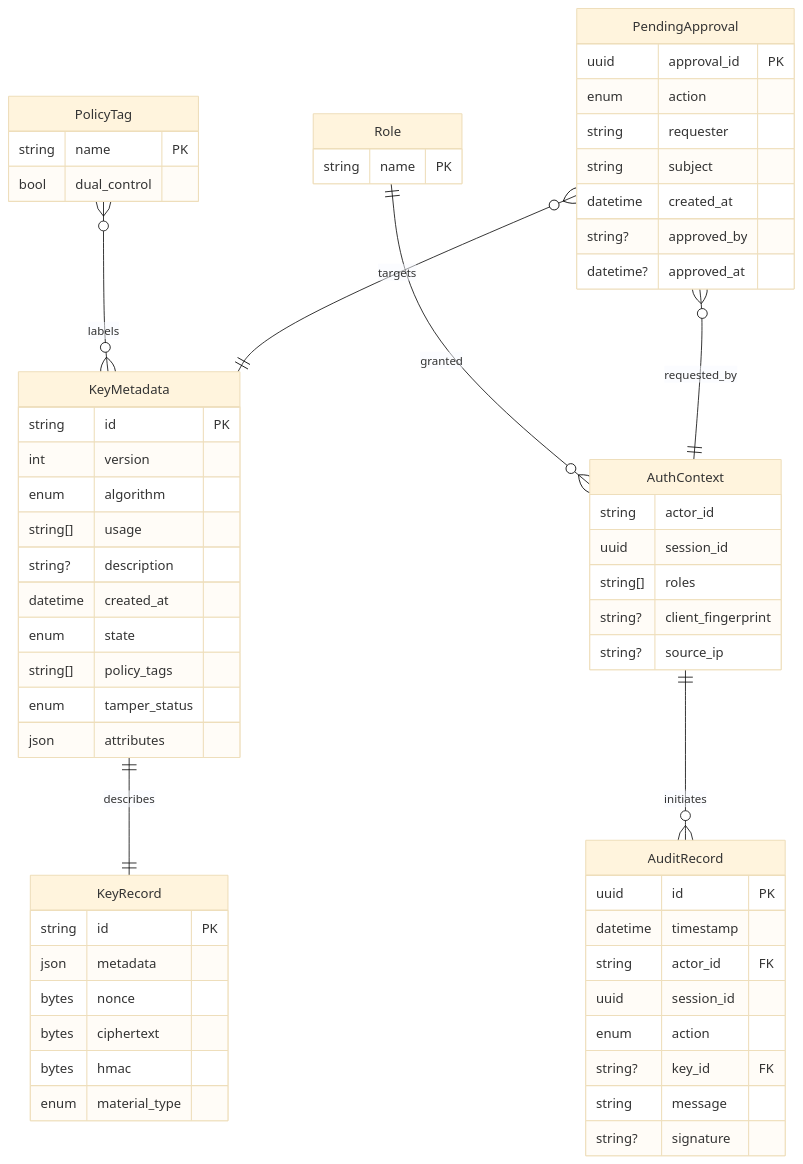
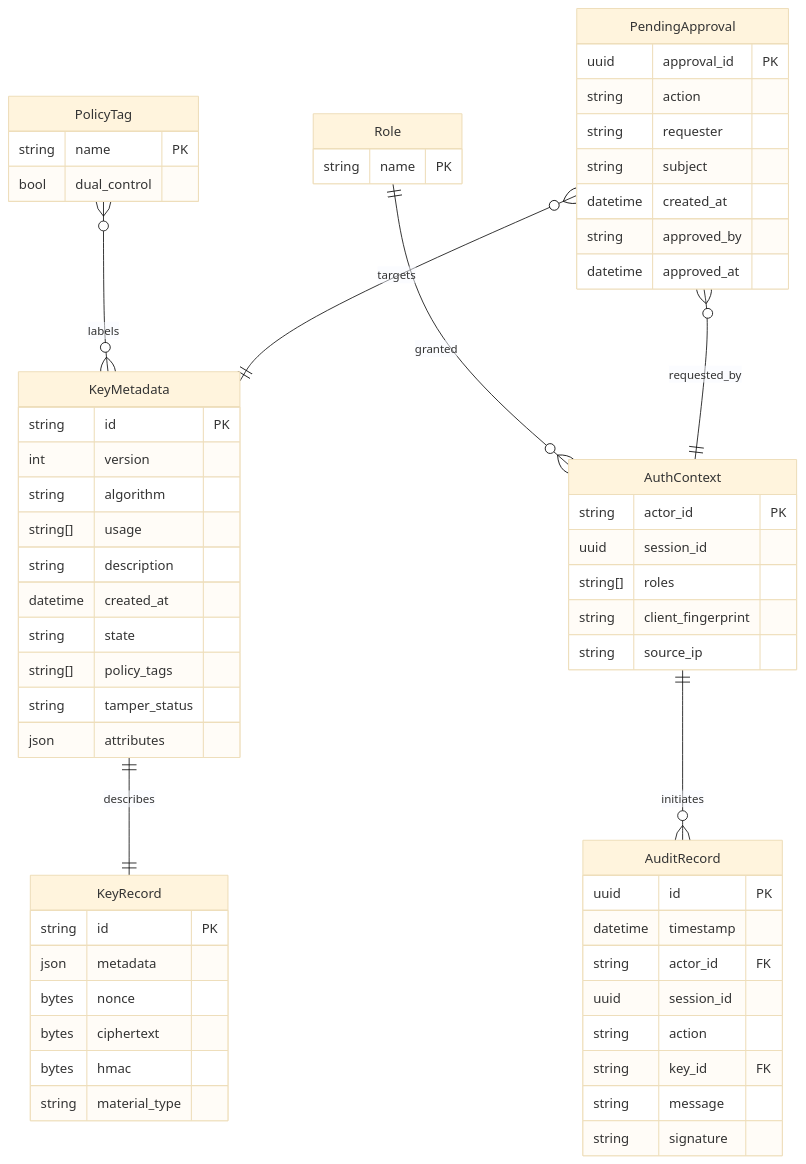
Before and after one commit to foozio/ferrohsm: the diagram in ERD.md, drawn with Mermaid (base theme).

Commit message:
Fix mermaid syntax in ERD diagram
- Add proper PK/FK identifiers to entity fields
- Replace enum types with string for mermaid compatibility
- Remove optional field markers (?) which aren't valid in mermaid
- Maintain all entity relationships

🤖 Generated with [Qoder][https://qoder.com]

````diff
--- a/ERD.md
+++ b/ERD.md
@@ -3,69 +3,69 @@
 ```mermaid
 erDiagram
     AuthContext ||--o{ AuditRecord : "initiates"
     AuthContext {
-        string actor_id
+        string actor_id PK
         uuid session_id
         string[] roles
-        string? client_fingerprint
-        string? source_ip
+        string client_fingerprint
+        string source_ip
     }
 
     KeyMetadata ||--|| KeyRecord : "describes"
     KeyRecord {
         string id PK
         json metadata
         bytes nonce
         bytes ciphertext
         bytes hmac
-        enum material_type
+        string material_type
     }
 
     KeyMetadata {
         string id PK
         int version
-        enum algorithm
+        string algorithm
         string[] usage
-        string? description
+        string description
         datetime created_at
-        enum state
+        string state
         string[] policy_tags
-        enum tamper_status
+        string tamper_status
         json attributes
     }
 
     AuditRecord {
         uuid id PK
         datetime timestamp
         string actor_id FK
         uuid session_id
-        enum action
-        string? key_id FK
+        string action
+        string key_id FK
         string message
-        string? signature
+        string signature
     }
 
     PolicyTag }o--o{ KeyMetadata : "labels"
     PolicyTag {
         string name PK
         bool dual_control
     }
 
     Role ||--o{ AuthContext : "granted"
     Role {
         string name PK
     }
 
     PendingApproval {
         uuid approval_id PK
-        enum action
+        string action
         string requester
         string subject
         datetime created_at
-        string? approved_by
-        datetime? approved_at
+        string approved_by
+        datetime approved_at
     }
 
     PendingApproval }o--|| AuthContext : "requested_by"
     PendingApproval }o--|| KeyMetadata : "targets"
 ```
````
